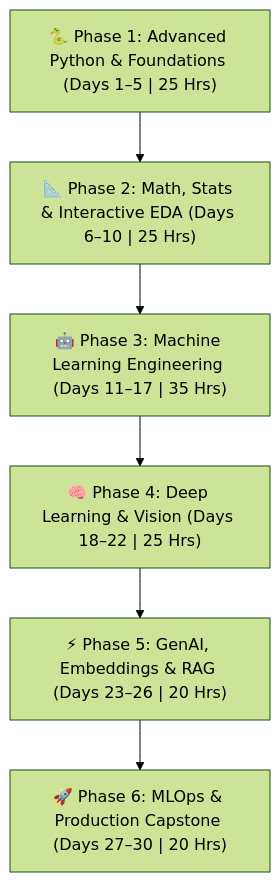
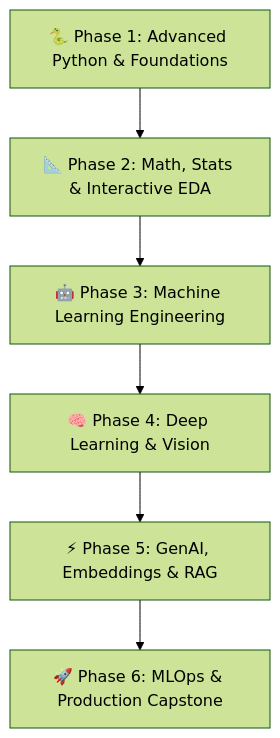
The diagram in README.md (SahilShaikh-py/Advanced-Python-Data-Science-), drawn with Mermaid (forest theme) before and after one commit. The commit also changed other lines of this file and 3 other files, not shown here.

````diff
--- a/README.md
+++ b/README.md
@@ -17,8 +17,8 @@
 ```mermaid
 flowchart TD
-    A["🐍 Phase 1: Advanced Python & Foundations (Days 1–5 | 25 Hrs)"] --> B["📐 Phase 2: Math, Stats & Interactive EDA (Days 6–10 | 25 Hrs)"]
-    B --> C["🤖 Phase 3: Machine Learning Engineering (Days 11–17 | 35 Hrs)"]
-    C --> D["🧠 Phase 4: Deep Learning & Vision (Days 18–22 | 25 Hrs)"]
-    D --> E["⚡ Phase 5: GenAI, Embeddings & RAG (Days 23–26 | 20 Hrs)"]
-    E --> F["🚀 Phase 6: MLOps & Production Capstone (Days 27–30 | 20 Hrs)"]
+    A["🐍 Phase 1: Advanced Python & Foundations"] --> B["📐 Phase 2: Math, Stats & Interactive EDA"]
+    B --> C["🤖 Phase 3: Machine Learning Engineering"]
+    C --> D["🧠 Phase 4: Deep Learning & Vision"]
+    D --> E["⚡ Phase 5: GenAI, Embeddings & RAG"]
+    E --> F["🚀 Phase 6: MLOps & Production Capstone"]
 ```
````
